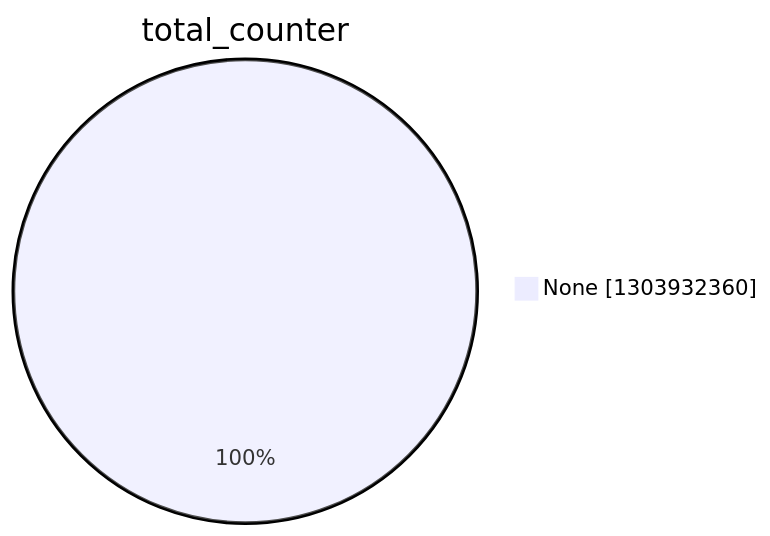
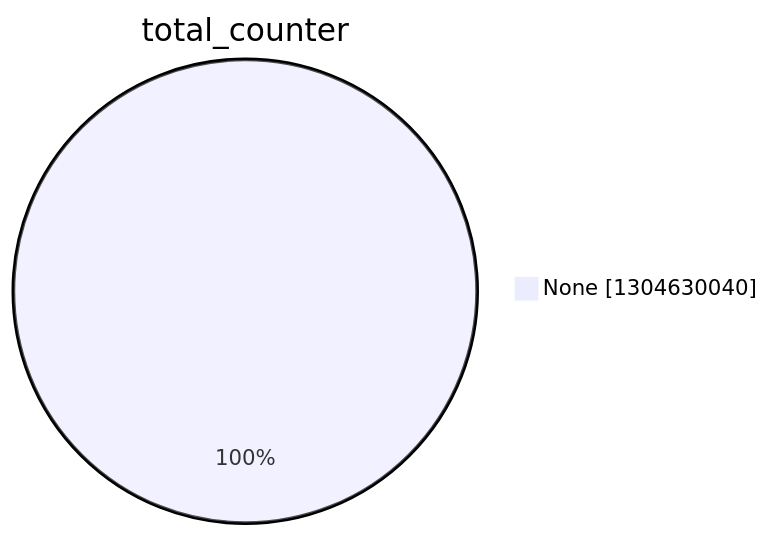
The second of 15 diagrams in argon2022/README.md (christiankrug/ctmonitor_visualization), drawn with Mermaid before and after one commit. The commit also changed other lines of this file, not shown here.

````diff
--- a/argon2022/README.md
+++ b/argon2022/README.md
@@ -9,5 +9,5 @@
 ```mermaid
 pie showData
 title total_counter
-"None" :1303932360
+"None" :1304630040
 ```
````
